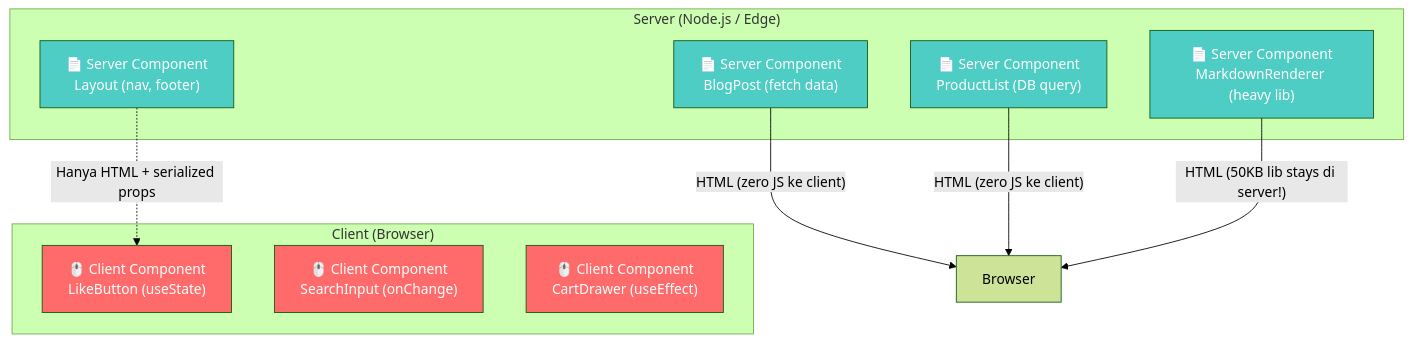
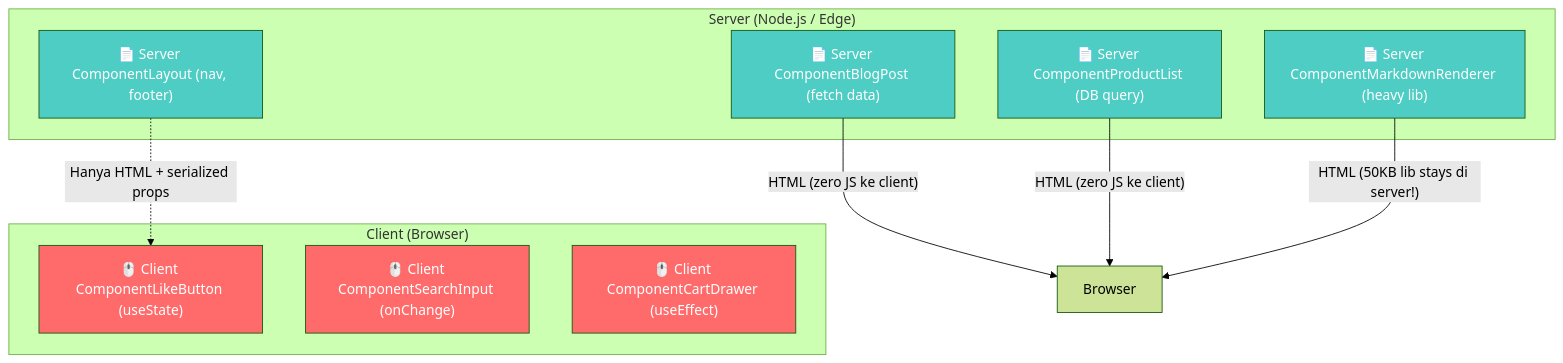
One commit to komandro-ccit/komandro-ccit.github.io changed the fourth of 10 diagrams in src/content/materials/web/nextjs-framework-react-paling-teroptimasi-yang-pernah-dibangun.mdx. Above: the diagram before and after it, drawn with Mermaid (forest theme). The commit also changed other lines of this file and 235 other files, not shown here.

````diff
--- a/src/content/materials/web/nextjs-framework-react-paling-teroptimasi-yang-pernah-dibangun.mdx
+++ b/src/content/materials/web/nextjs-framework-react-paling-teroptimasi-yang-pernah-dibangun.mdx
@@ -316,28 +316,28 @@
 ```mermaid
 graph TD
     subgraph "Server (Node.js / Edge)"
-        SC1["📄 Server Component<br/>Layout (nav, footer)"]
-        SC2["📄 Server Component<br/>BlogPost (fetch data)"]
-        SC3["📄 Server Component<br/>ProductList (DB query)"]
-        SC4["📄 Server Component<br/>MarkdownRenderer (heavy lib)"]
+        SC1["📄 Server ComponentLayout (nav, footer)"]
+        SC2["📄 Server ComponentBlogPost (fetch data)"]
+        SC3["📄 Server ComponentProductList (DB query)"]
+        SC4["📄 Server ComponentMarkdownRenderer (heavy lib)"]
     end
 
     subgraph "Client (Browser)"
-        CC1["🖱️ Client Component<br/>LikeButton (useState)"]
-        CC2["🖱️ Client Component<br/>SearchInput (onChange)"]
-        CC3["🖱️ Client Component<br/>CartDrawer (useEffect)"]
+        CC1["🖱️ Client ComponentLikeButton (useState)"]
+        CC2["🖱️ Client ComponentSearchInput (onChange)"]
+        CC3["🖱️ Client ComponentCartDrawer (useEffect)"]
     end
 
     SC1 -.->|"Hanya HTML + serialized props"| CC1
     SC2 -->|"HTML (zero JS ke client)"| Browser
     SC3 -->|"HTML (zero JS ke client)"| Browser
     SC4 -->|"HTML (50KB lib stays di server!)"| Browser
 
     style SC1 fill:#4ecdc4,color:#fff
     style SC2 fill:#4ecdc4,color:#fff
     style SC3 fill:#4ecdc4,color:#fff
     style SC4 fill:#4ecdc4,color:#fff
     style CC1 fill:#ff6b6b,color:#fff
     style CC2 fill:#ff6b6b,color:#fff
     style CC3 fill:#ff6b6b,color:#fff
 ```
````
